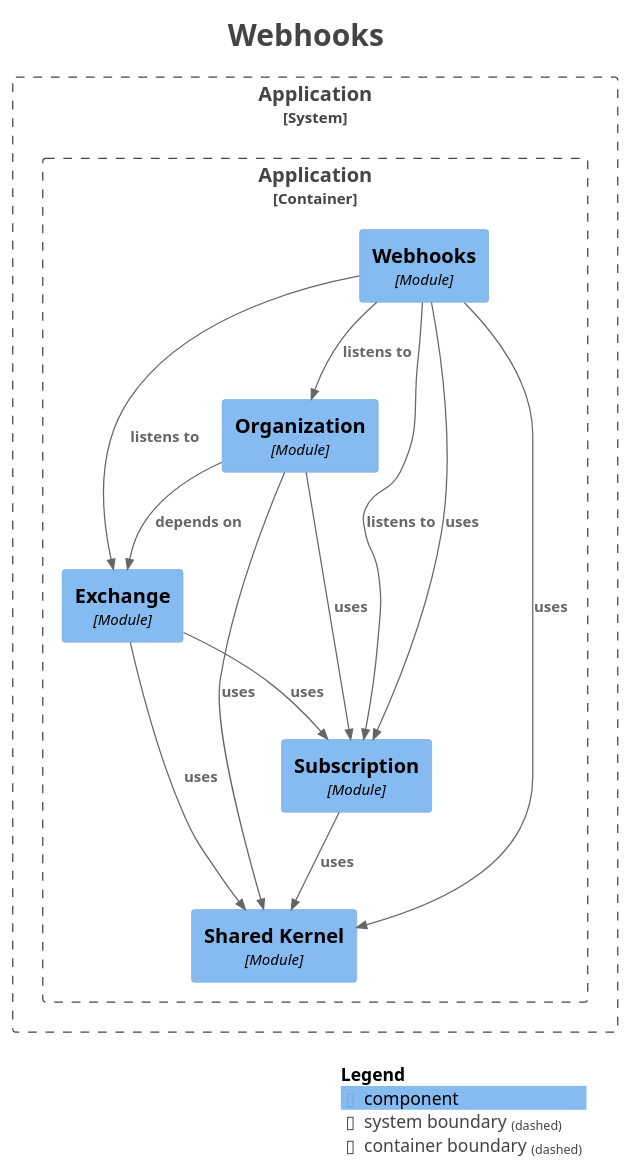
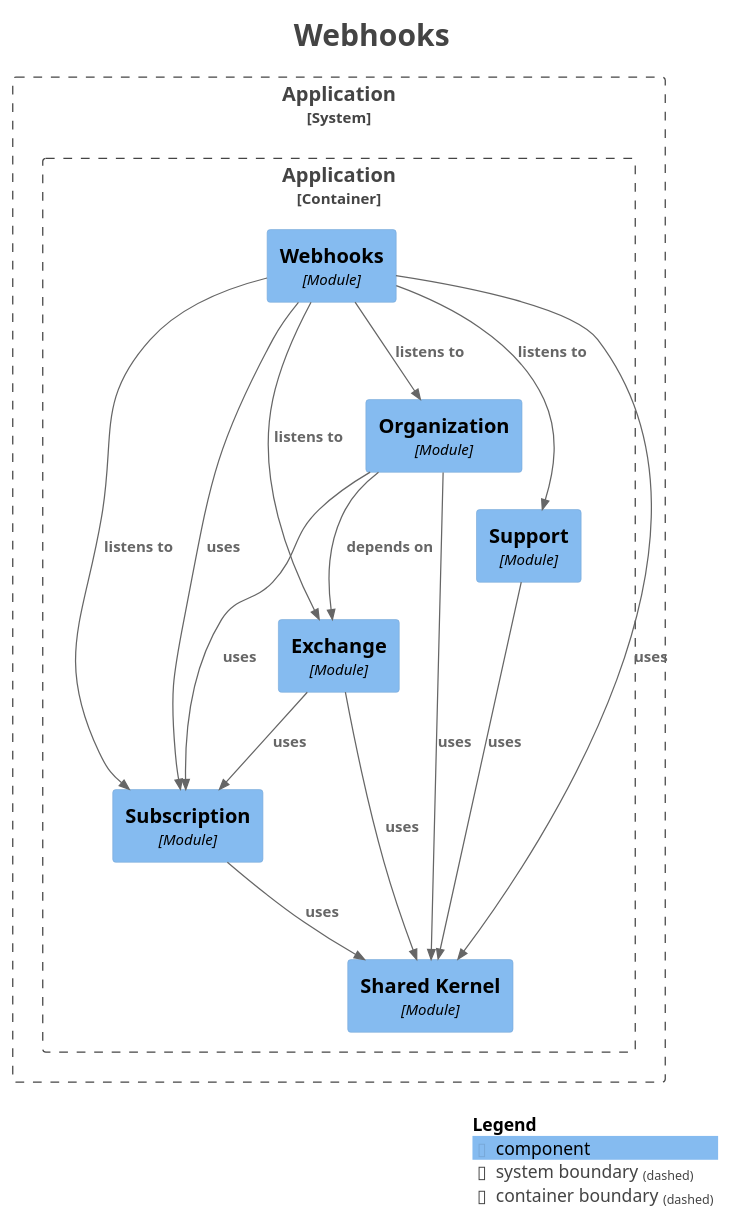
The diagram in docs/modulith/module-webhooks.puml (Paul-Ayesiga/enterprise-modulith-template), drawn with PlantUML before and after one commit. The commit also changed 30 other files, not shown here.

```diff
--- a/docs/modulith/module-webhooks.puml
+++ b/docs/modulith/module-webhooks.puml
@@ -1,43 +1,46 @@
 @startuml
 title <size:24>Webhooks</size>
 
 set separator none
 top to bottom direction
 
 <style>
   root {
     BackgroundColor: #ffffff
     FontColor: #444444
   }
 </style>
 
 !include <C4/C4>
 !include <C4/C4_Context>
 !include <C4/C4_Component>
 
 System_Boundary("Application_boundary", "Application", $tags="") {
   Container_Boundary("Application.Application_boundary", "Application", $tags="") {
     Component(Application.Application.Subscription, "Subscription", $techn="Module", $descr="", $tags="", $link="")
     Component(Application.Application.Exchange, "Exchange", $techn="Module", $descr="", $tags="", $link="")
     Component(Application.Application.Organization, "Organization", $techn="Module", $descr="", $tags="", $link="")
+    Component(Application.Application.Support, "Support", $techn="Module", $descr="", $tags="", $link="")
     Component(Application.Application.Webhooks, "Webhooks", $techn="Module", $descr="", $tags="", $link="")
     Component(Application.Application.SharedKernel, "Shared Kernel", $techn="Module", $descr="", $tags="", $link="")
   }
 
 }
 
-Rel(Application.Application.Exchange, Application.Application.SharedKernel, "uses", $techn="", $tags="", $link="")
-Rel(Application.Application.Exchange, Application.Application.Subscription, "uses", $techn="", $tags="", $link="")
-Rel(Application.Application.Webhooks, Application.Application.Exchange, "listens to", $techn="", $tags="", $link="")
-Rel(Application.Application.Webhooks, Application.Application.Organization, "listens to", $techn="", $tags="", $link="")
-Rel(Application.Application.Webhooks, Application.Application.Subscription, "listens to", $techn="", $tags="", $link="")
-Rel(Application.Application.Webhooks, Application.Application.SharedKernel, "uses", $techn="", $tags="", $link="")
-Rel(Application.Application.Webhooks, Application.Application.Subscription, "uses", $techn="", $tags="", $link="")
 Rel(Application.Application.Subscription, Application.Application.SharedKernel, "uses", $techn="", $tags="", $link="")
 Rel(Application.Application.Organization, Application.Application.Exchange, "depends on", $techn="", $tags="", $link="")
 Rel(Application.Application.Organization, Application.Application.SharedKernel, "uses", $techn="", $tags="", $link="")
 Rel(Application.Application.Organization, Application.Application.Subscription, "uses", $techn="", $tags="", $link="")
+Rel(Application.Application.Webhooks, Application.Application.Organization, "listens to", $techn="", $tags="", $link="")
+Rel(Application.Application.Webhooks, Application.Application.Support, "listens to", $techn="", $tags="", $link="")
+Rel(Application.Application.Webhooks, Application.Application.Subscription, "listens to", $techn="", $tags="", $link="")
+Rel(Application.Application.Webhooks, Application.Application.Exchange, "listens to", $techn="", $tags="", $link="")
+Rel(Application.Application.Webhooks, Application.Application.SharedKernel, "uses", $techn="", $tags="", $link="")
+Rel(Application.Application.Webhooks, Application.Application.Subscription, "uses", $techn="", $tags="", $link="")
+Rel(Application.Application.Exchange, Application.Application.SharedKernel, "uses", $techn="", $tags="", $link="")
+Rel(Application.Application.Exchange, Application.Application.Subscription, "uses", $techn="", $tags="", $link="")
+Rel(Application.Application.Support, Application.Application.SharedKernel, "uses", $techn="", $tags="", $link="")
 
 SHOW_LEGEND(true)
 hide stereotypes
 @enduml
```
